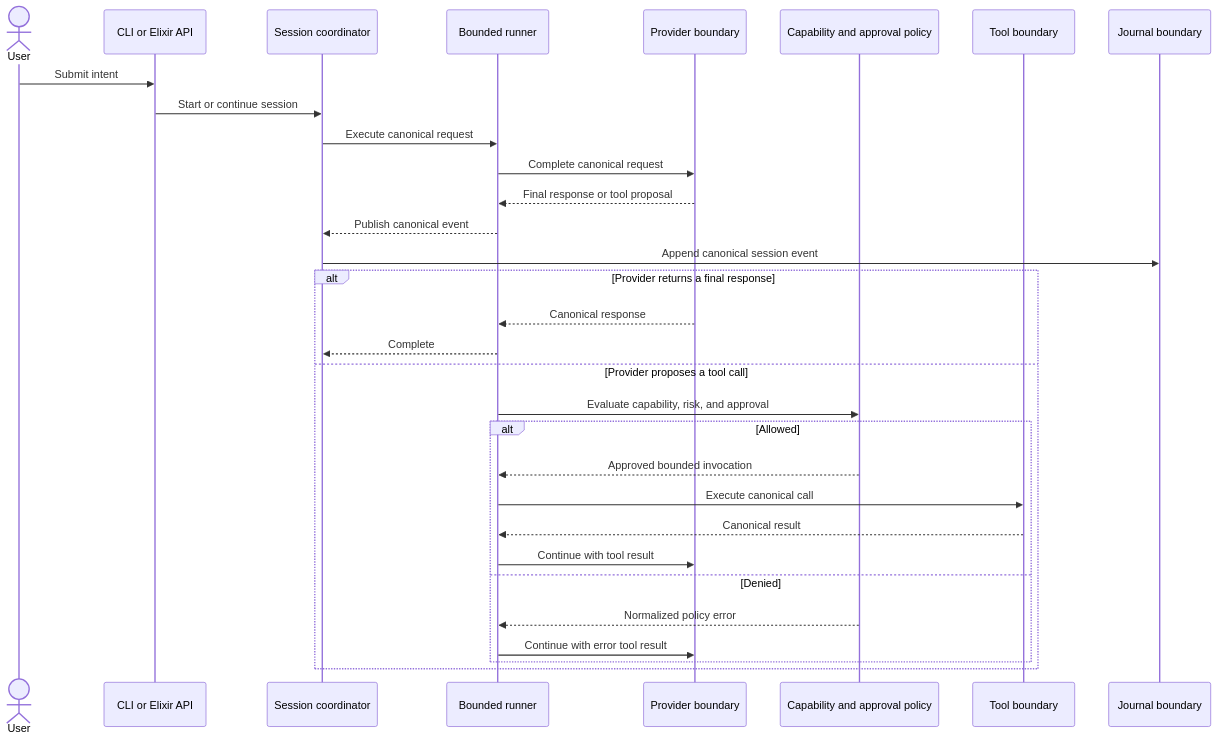
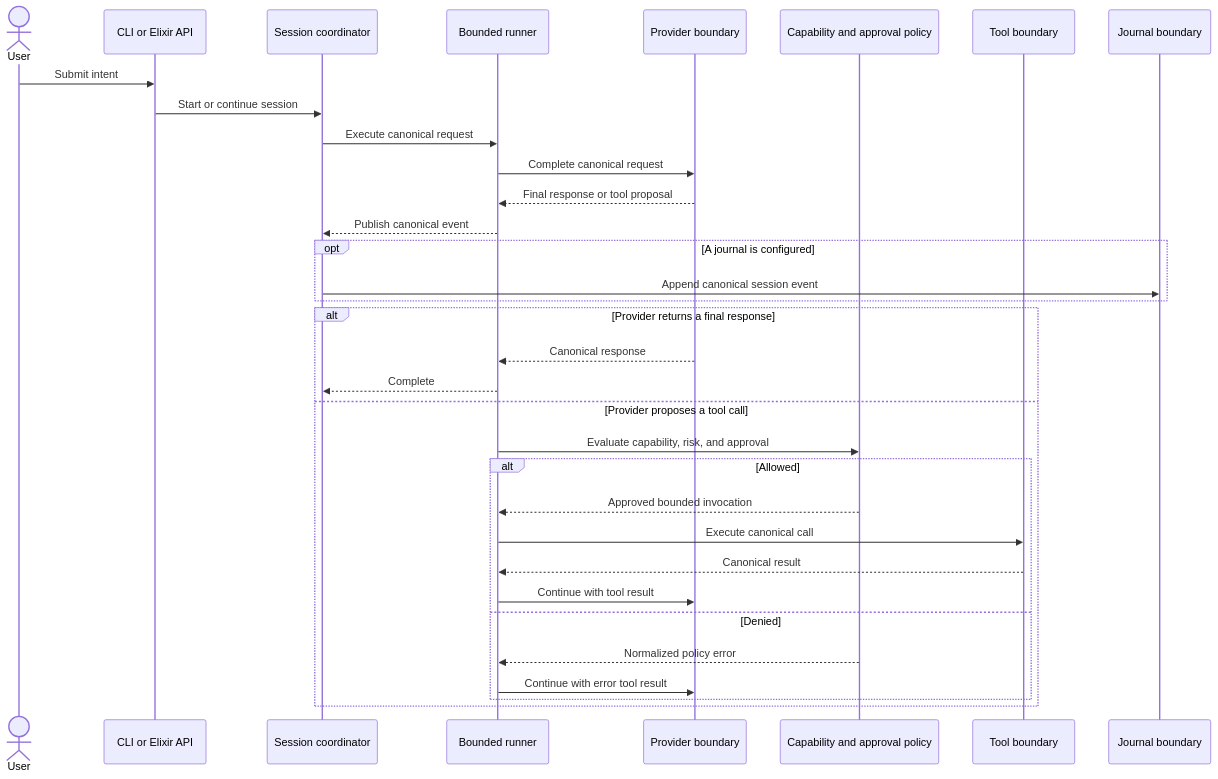
Before and after one commit to ccarvalho-eng/draught: the third of 8 diagrams in docs/architecture.md, drawn with Mermaid. The commit also changed other lines of this file and 55 other files, not shown here.

````diff
--- a/docs/architecture.md
+++ b/docs/architecture.md
@@ -111,35 +123,37 @@
 ```mermaid
 sequenceDiagram
   actor User
   participant Interface as CLI or Elixir API
   participant Session as Session coordinator
   participant Runtime as Bounded runner
   participant Provider as Provider boundary
   participant Policy as Capability and approval policy
   participant Tool as Tool boundary
   participant Journal as Journal boundary
 
   User->>Interface: Submit intent
   Interface->>Session: Start or continue session
   Session->>Runtime: Execute canonical request
   Runtime->>Provider: Complete canonical request
   Provider-->>Runtime: Final response or tool proposal
   Runtime-->>Session: Publish canonical event
-  Session->>Journal: Append canonical session event
+  opt A journal is configured
+    Session->>Journal: Append canonical session event
+  end
 
   alt Provider returns a final response
     Provider-->>Runtime: Canonical response
     Runtime-->>Session: Complete
   else Provider proposes a tool call
     Runtime->>Policy: Evaluate capability, risk, and approval
     alt Allowed
       Policy-->>Runtime: Approved bounded invocation
       Runtime->>Tool: Execute canonical call
       Tool-->>Runtime: Canonical result
       Runtime->>Provider: Continue with tool result
     else Denied
       Policy-->>Runtime: Normalized policy error
       Runtime->>Provider: Continue with error tool result
     end
   end
 ```
````
